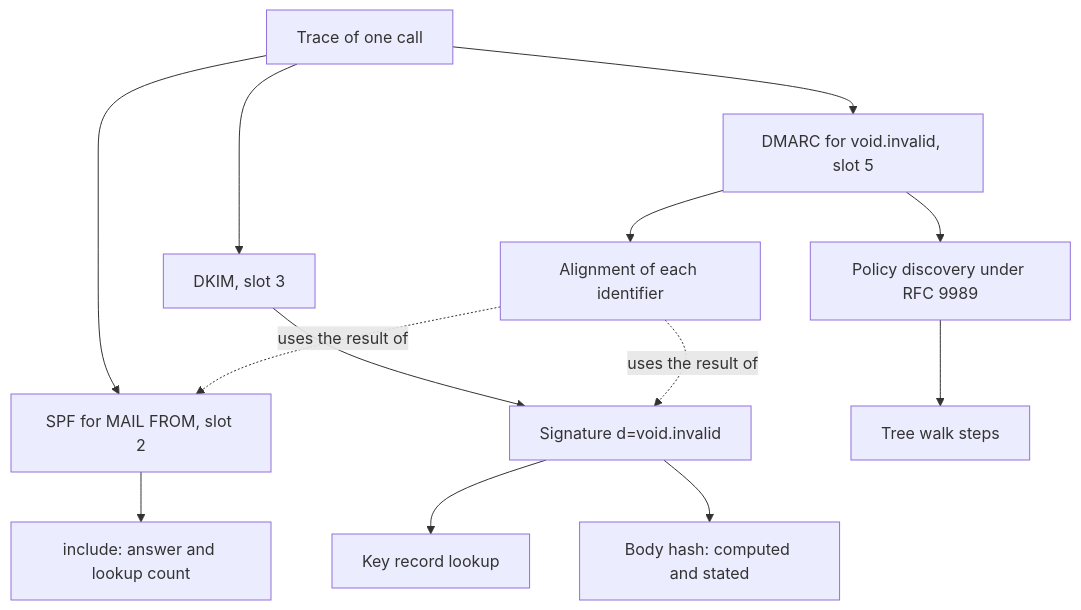
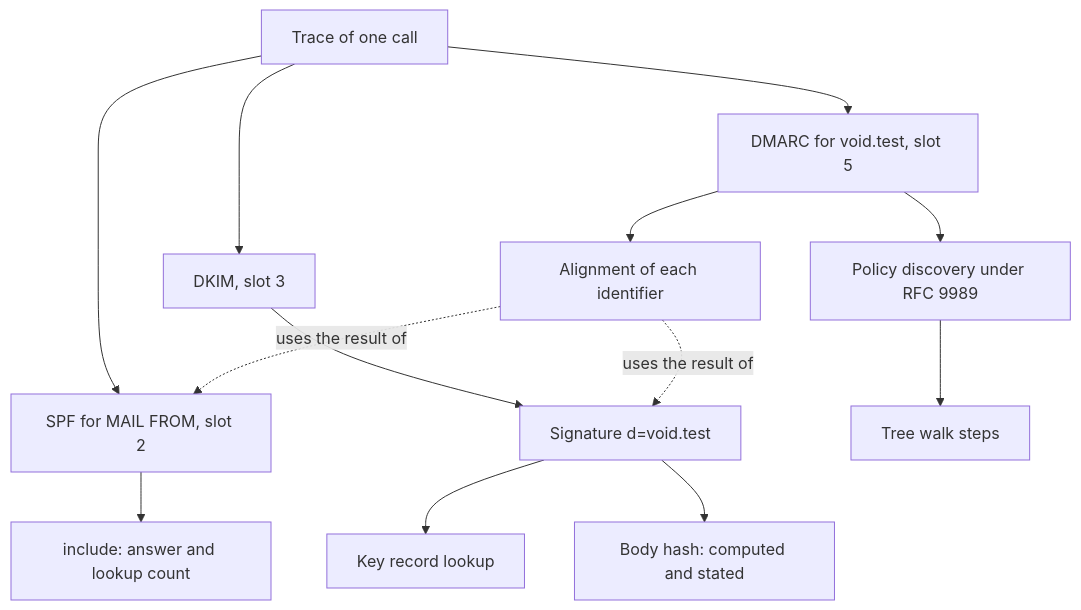
Before and after one commit to photom/hallmark: the sixth of 6 diagrams in docs/explanation/architecture.md, drawn with Mermaid. The commit also changed 26 other files, not shown here.

````diff
--- a/docs/explanation/architecture.md
+++ b/docs/explanation/architecture.md
@@ -169,15 +169,15 @@
 ```mermaid
 flowchart TD
     root["Trace of one call"] --> spf["SPF for MAIL FROM, slot 2"]
     root --> dkim["DKIM, slot 3"]
-    root --> dmarc["DMARC for void.invalid, slot 5"]
+    root --> dmarc["DMARC for void.test, slot 5"]
     spf --> inc["include: answer and lookup count"]
-    dkim --> sig["Signature d=void.invalid"]
+    dkim --> sig["Signature d=void.test"]
     sig --> key["Key record lookup"]
     sig --> bh["Body hash: computed and stated"]
     dmarc --> policy["Policy discovery under RFC 9989"]
     policy --> walk["Tree walk steps"]
     dmarc --> align["Alignment of each identifier"]
     align -.->|"uses the result of"| spf
     align -.->|"uses the result of"| sig
 ```
````
